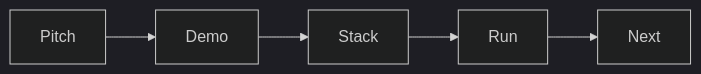
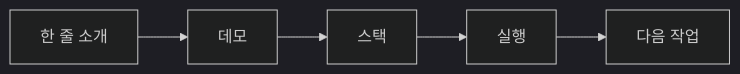
The diagram in content/portfolio-project-101/ko/03-writing-the-readme.md (yeongseon-books/book-content), drawn with Mermaid (dark theme) before and after one commit. The commit also changed other lines of this file and 4 other files, not shown here.

````diff
--- a/content/portfolio-project-101/ko/03-writing-the-readme.md
+++ b/content/portfolio-project-101/ko/03-writing-the-readme.md
@@ -33,7 +48,7 @@
 ```mermaid
 flowchart LR
-    P[Pitch] --> D[Demo]
-    D --> S[Stack]
-    S --> R[Run]
-    R --> N[Next]
+    P[한 줄 소개] --> D[데모]
+    D --> S[스택]
+    S --> R[실행]
+    R --> N[다음 작업]
 ```
````
